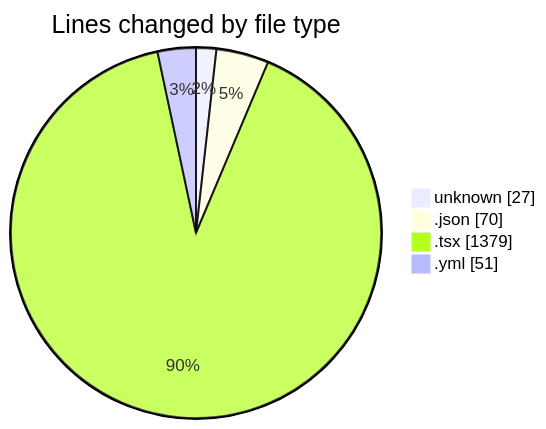
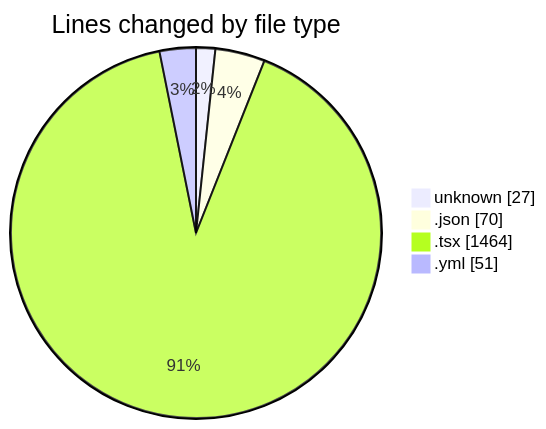
Before and after one commit to robertbonfada/code-tracking: the first of 2 diagrams in 2025-01-14/mbc-web/README.md, drawn with Mermaid. The commit also changed other lines of this file and 1 other file, not shown here.

````diff
--- a/2025-01-14/mbc-web/README.md
+++ b/2025-01-14/mbc-web/README.md
@@ -34,8 +35,8 @@
 ```mermaid
 pie showData
 title Lines changed by file type
 "unknown" : 27
 ".json" : 70
-".tsx" : 1379
+".tsx" : 1464
 ".yml" : 51
 ```
````
